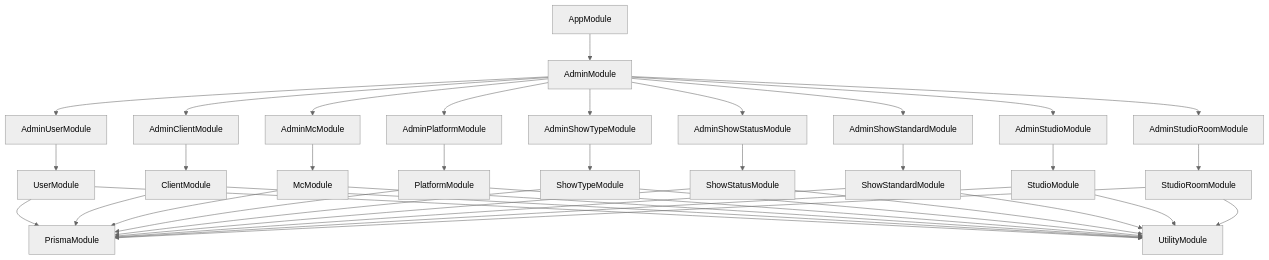
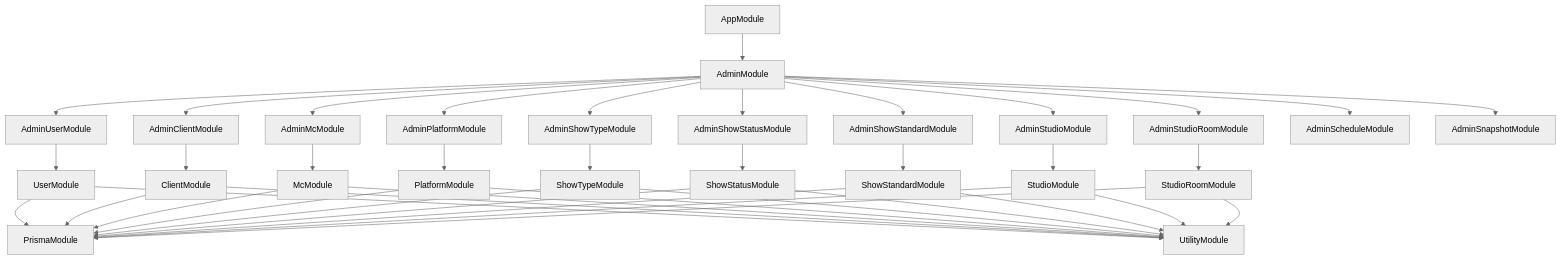
One commit to allenlin90/eridu-services changed the diagram in apps/erify_api/docs/README.md. Above: the diagram before and after it, drawn with Mermaid (neutral theme). The commit also changed other lines of this file and 210 other files, not shown here.

````diff
--- a/apps/erify_api/docs/README.md
+++ b/apps/erify_api/docs/README.md
@@ -125,50 +141,52 @@
 ```mermaid
 graph TB
     App[AppModule] --> Admin[AdminModule]
     Admin --> AdminUser[AdminUserModule]
     Admin --> AdminClient[AdminClientModule]
     Admin --> AdminMC[AdminMcModule]
     Admin --> AdminPlatform[AdminPlatformModule]
     Admin --> AdminShowType[AdminShowTypeModule]
     Admin --> AdminShowStatus[AdminShowStatusModule]
     Admin --> AdminShowStandard[AdminShowStandardModule]
     Admin --> AdminStudio[AdminStudioModule]
     Admin --> AdminStudioRoom[AdminStudioRoomModule]
+    Admin --> AdminSchedule[AdminScheduleModule]
+    Admin --> AdminSnapshot[AdminSnapshotModule]
     
     AdminUser --> User[UserModule]
     AdminClient --> Client[ClientModule]
     AdminMC --> MC[McModule]
     AdminPlatform --> Platform[PlatformModule]
     AdminShowType --> ShowType[ShowTypeModule]
     AdminShowStatus --> ShowStatus[ShowStatusModule]
     AdminShowStandard --> ShowStandard[ShowStandardModule]
     AdminStudio --> Studio[StudioModule]
     AdminStudioRoom --> StudioRoom[StudioRoomModule]
     
     User --> Prisma[PrismaModule]
     User --> Utility[UtilityModule]
     
     Client --> Prisma
     Client --> Utility
     
     MC --> Prisma
     MC --> Utility
     
     Platform --> Prisma
     Platform --> Utility
     
     ShowType --> Prisma
     ShowType --> Utility
     
     ShowStatus --> Prisma
     ShowStatus --> Utility
     
     ShowStandard --> Prisma
     ShowStandard --> Utility
     
     Studio --> Prisma
     Studio --> Utility
     
     StudioRoom --> Prisma
     StudioRoom --> Utility
 ```
````
